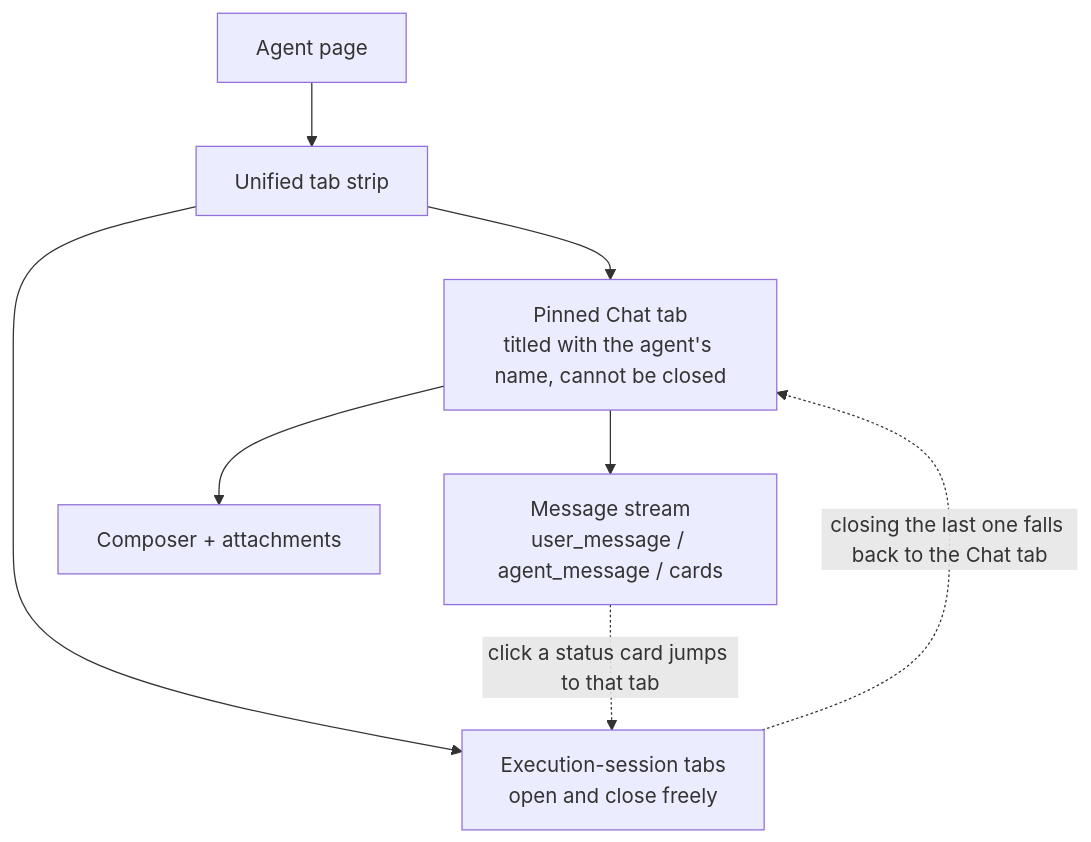
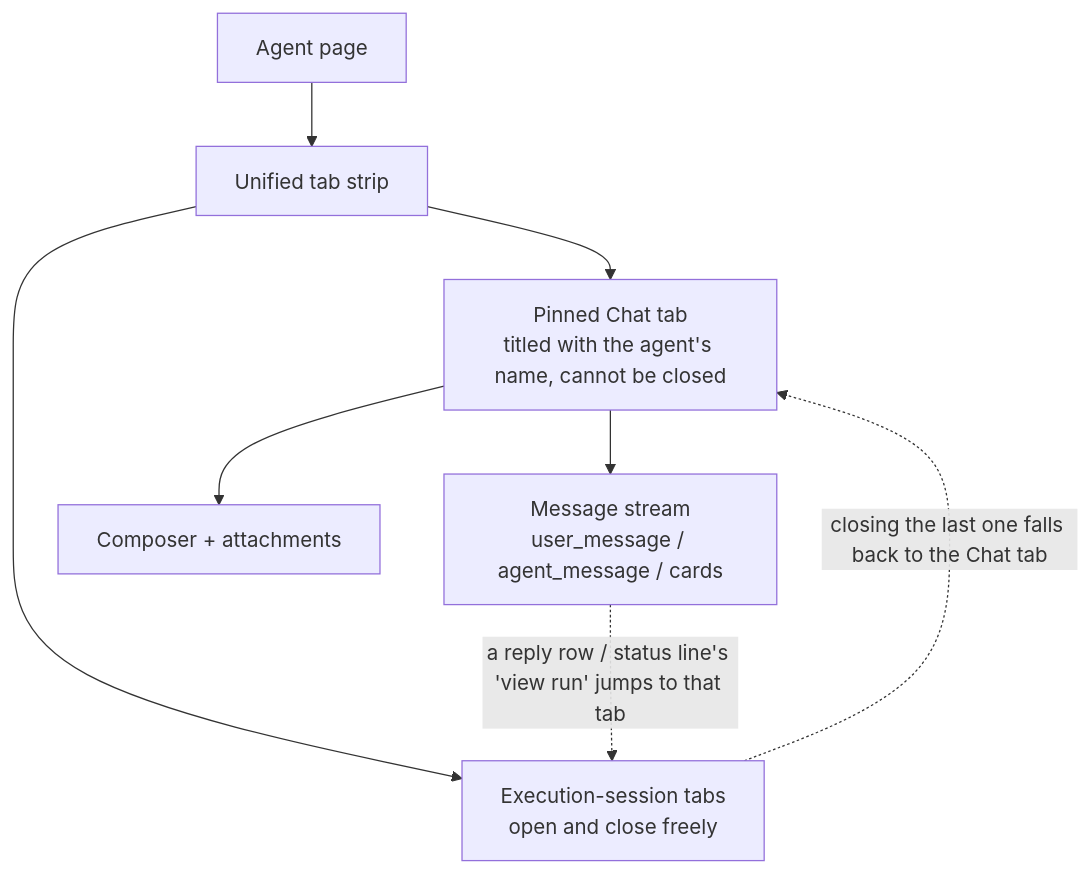
One commit to acowork/acowork changed the tenth of 10 diagrams in docs/design/en/27-intent-messaging-and-group-chat.md. Above: the diagram before and after it, drawn with Mermaid. The commit also changed other lines of this file and 82 other files, not shown here.

````diff
--- a/docs/design/en/27-intent-messaging-and-group-chat.md
+++ b/docs/design/en/27-intent-messaging-and-group-chat.md
@@ -863,10 +863,10 @@
 ```mermaid
 graph TB
     AP["Agent page"] --> BAR["Unified tab strip"]
     BAR --> CT["Pinned Chat tab<br/>titled with the agent's name, cannot be closed"]
     BAR --> ET["Execution-session tabs<br/>open and close freely"]
     CT --> MSG["Message stream<br/>user_message / agent_message / cards"]
     CT --> INPUT["Composer + attachments"]
-    MSG -.->|"click a status card jumps to that tab"| ET
+    MSG -.->|"a reply row / status line's 'view run' jumps to that tab"| ET
     ET -.->|"closing the last one falls back to the Chat tab"| CT
 ```
````
